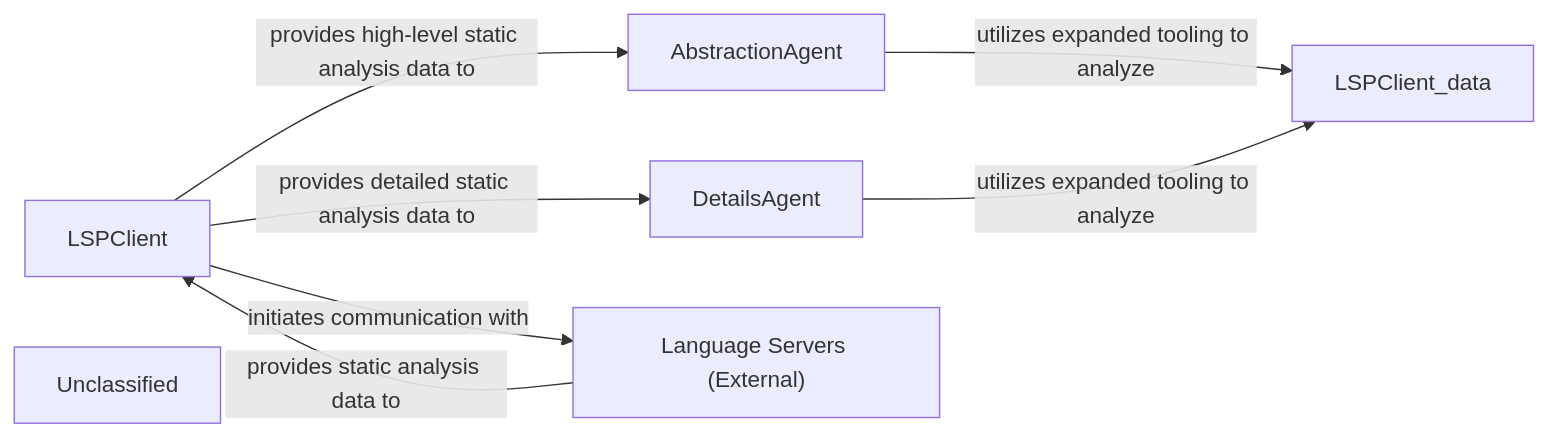
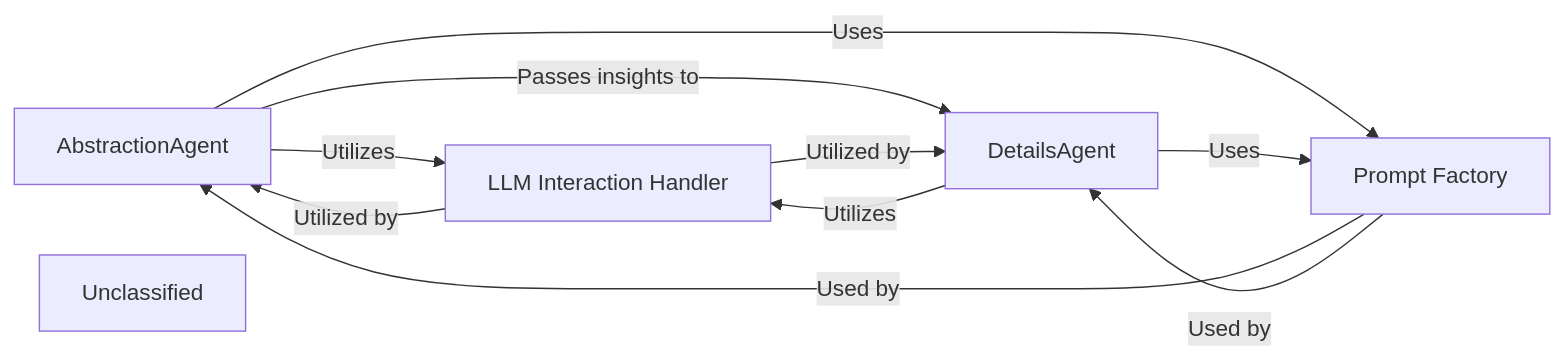
The diagram in .codeboarding/AI_Interpretation_Layer.md (CodeBoarding/CodeBoarding), drawn with Mermaid before and after one commit. The commit also changed other lines of this file and 15 other files, not shown here.

First line of the commit message:
docs: update codeboarding documentation and generate architecture

````diff
--- a/.codeboarding/AI_Interpretation_Layer.md
+++ b/.codeboarding/AI_Interpretation_Layer.md
@@ -1,14 +1,18 @@
 ```mermaid
 graph LR
-    LSPClient["LSPClient"]
     AbstractionAgent["AbstractionAgent"]
     DetailsAgent["DetailsAgent"]
-    Language_Servers_External_["Language Servers (External)"]
+    LLM_Interaction_Handler["LLM Interaction Handler"]
+    Prompt_Factory["Prompt Factory"]
     Unclassified["Unclassified"]
-    LSPClient -- "initiates communication with" --> Language_Servers_External_
-    Language_Servers_External_ -- "provides static analysis data to" --> LSPClient
-    LSPClient -- "provides high-level static analysis data to" --> AbstractionAgent
-    LSPClient -- "provides detailed static analysis data to" --> DetailsAgent
-    AbstractionAgent -- "utilizes expanded tooling to analyze" --> LSPClient_data
-    DetailsAgent -- "utilizes expanded tooling to analyze" --> LSPClient_data
+    AbstractionAgent -- "Utilizes" --> LLM_Interaction_Handler
+    AbstractionAgent -- "Uses" --> Prompt_Factory
+    AbstractionAgent -- "Passes insights to" --> DetailsAgent
+    DetailsAgent -- "Utilizes" --> LLM_Interaction_Handler
+    DetailsAgent -- "Uses" --> Prompt_Factory
+    LLM_Interaction_Handler -- "Utilized by" --> AbstractionAgent
+    LLM_Interaction_Handler -- "Utilized by" --> DetailsAgent
+    Prompt_Factory -- "Used by" --> AbstractionAgent
+    Prompt_Factory -- "Used by" --> DetailsAgent
+    click Prompt_Factory href "https://github.com/CodeBoarding/CodeBoarding/blob/main/.codeboarding/Prompt_Factory.md" "Details"
 ```
````
